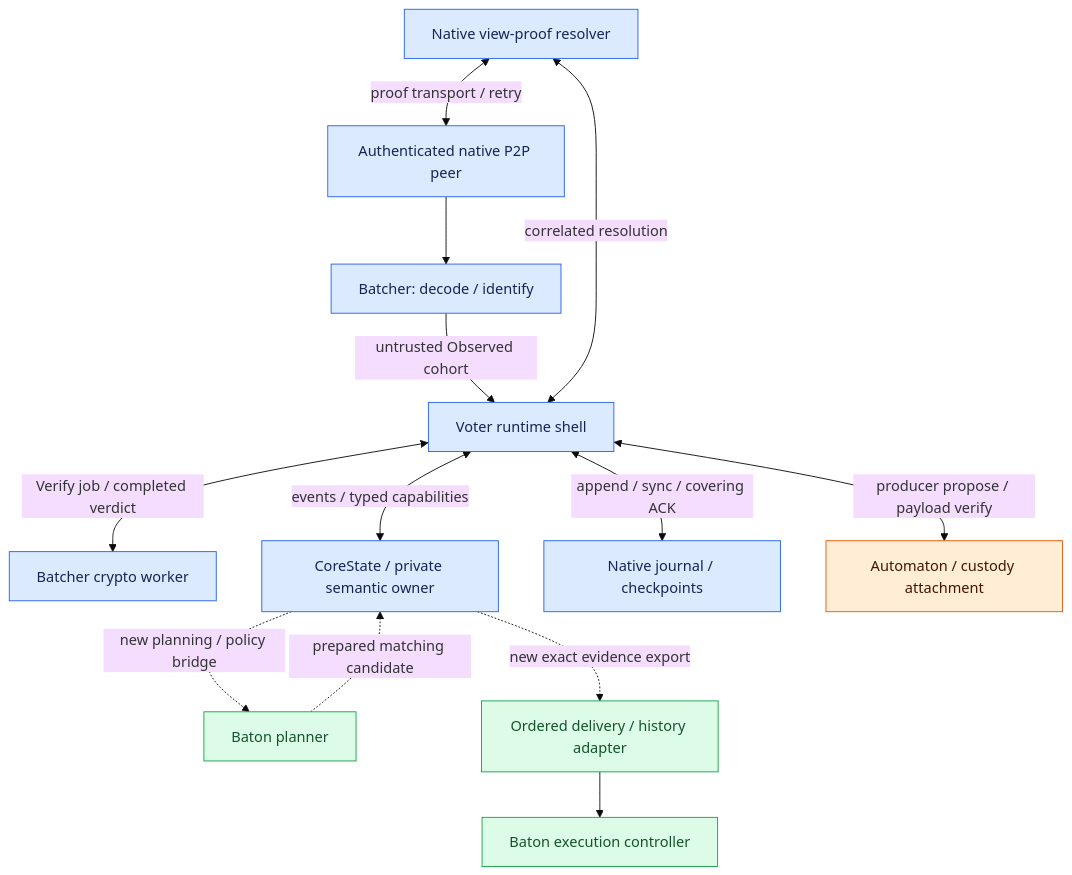
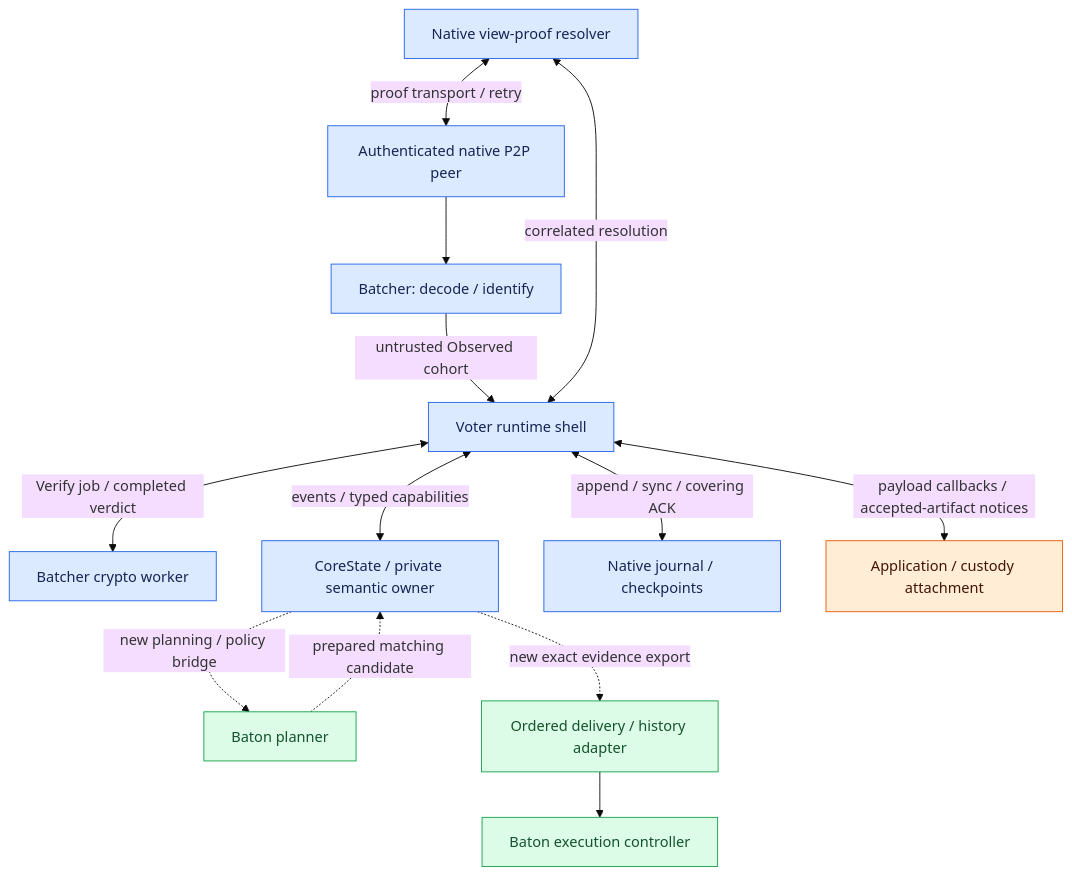
Diagram 15 of 17 in IMPLEMENTATION_SPEC.md (djm07073/baton-research), drawn with Mermaid (base theme) before and after one commit. The commit also changed other lines of this file and 30 other files, not shown here.

````diff
--- a/IMPLEMENTATION_SPEC.md
+++ b/IMPLEMENTATION_SPEC.md
@@ -751,21 +774,21 @@
 ```mermaid
 flowchart TB
     W[Authenticated native P2P peer] --> B[Batcher: decode / identify]
     B -->|untrusted Observed cohort| V[Voter runtime shell]
     V <-->|Verify job / completed verdict| K[Batcher crypto worker]
     R[Native view-proof resolver] <-->|proof transport / retry| W
     R <-->|correlated resolution| V
     V <-->|events / typed capabilities| C[CoreState / private semantic owner]
     V <-->|append / sync / covering ACK| J[Native journal / checkpoints]
-    V <-->|producer propose / payload verify| A[Automaton / custody attachment]
+    V <-->|payload callbacks / accepted-artifact notices| A[Application / custody attachment]
     C -. new planning / policy bridge .-> P[Baton planner]
     P -. prepared matching candidate .-> C
     C -. new exact evidence export .-> D[Ordered delivery / history adapter]
     D --> E[Baton execution controller]
     classDef reuse fill:#dbeafe,stroke:#2563eb,color:#172554;
     classDef adapt fill:#ffedd5,stroke:#ea580c,color:#431407;
     classDef fresh fill:#dcfce7,stroke:#16a34a,color:#14532d;
     class W,B,K,V,R,C,J reuse;
     class A adapt;
     class P,D,E fresh;
 ```
````
